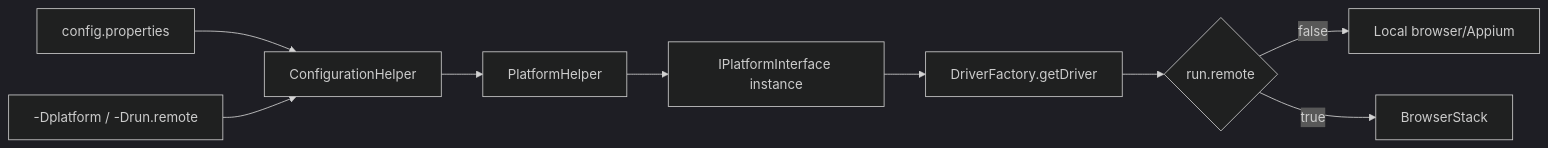
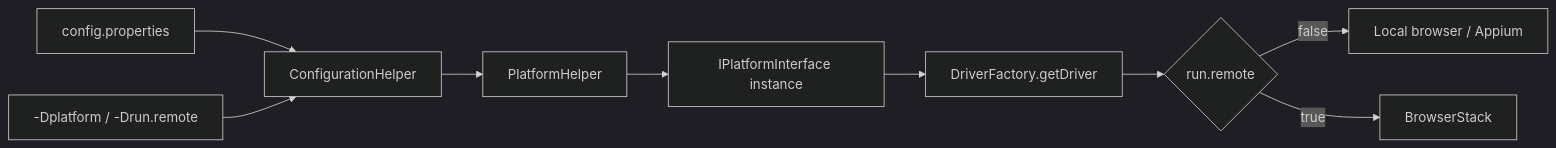
One commit to Vijay-Durairaj/SeleniumFramework changed the fourth of 4 diagrams in README.md. Above: the diagram before and after it, drawn with Mermaid (dark theme). The commit also changed other lines of this file, not shown here.

````diff
--- a/README.md
+++ b/README.md
@@ -256,11 +256,11 @@
 ```mermaid
 flowchart LR
-    Cfg[config.properties] --> Ch[ConfigurationHelper]
-    Jvm[-Dplatform / -Drun.remote] --> Ch
-    Ch --> Ph[PlatformHelper]
-    Ph --> Pi[IPlatformInterface instance]
-    Pi --> Df[DriverFactory.getDriver]
-    Df --> Rt{run.remote}
-    Rt -->|false| Loc[Local browser/Appium]
-    Rt -->|true| Bs[BrowserStack]
+    Cfg["config.properties"] --> Ch["ConfigurationHelper"]
+    Jvm["-Dplatform / -Drun.remote"] --> Ch
+    Ch --> Ph["PlatformHelper"]
+    Ph --> Pi["IPlatformInterface instance"]
+    Pi --> Df["DriverFactory.getDriver"]
+    Df --> Rt{"run.remote"}
+    Rt -->|false| Loc["Local browser / Appium"]
+    Rt -->|true| Bs["BrowserStack"]
 ```
````
